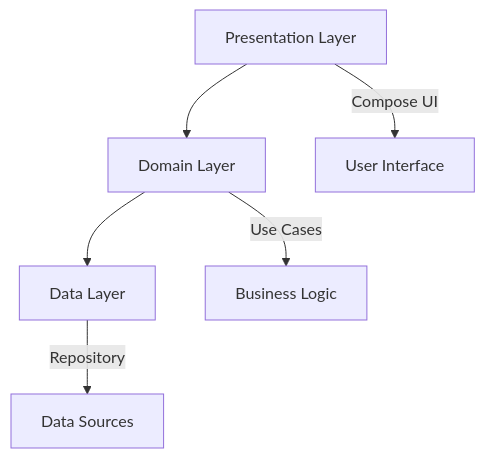
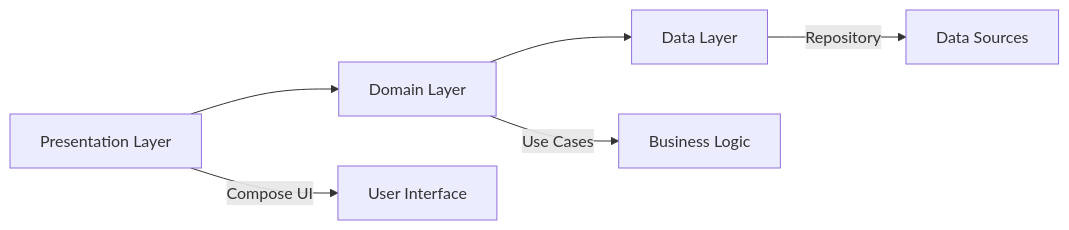
Before and after one commit to A-fauzi/Ject-Print: the diagram in README.md, drawn with Mermaid. The commit also changed other lines of this file, not shown here.

Commit message:
update readme file

````diff
--- a/README.md
+++ b/README.md
@@ -87,8 +85,9 @@
-<div class="mermaid">
-graph TD
-    A[Presentation Layer] --> B[Domain Layer]
-    B --> C[Data Layer]
-    A -->|Compose UI| D[User Interface]
-    B -->|Use Cases| E[Business Logic]
-    C -->|Repository| F[Data Sources]
-</div>
+```mermaid
+flowchart LR
+
+A[Presentation Layer] --> B[Domain Layer]
+B --> C[Data Layer]
+A -->|Compose UI| D[User Interface]
+B -->|Use Cases| E[Business Logic]
+C -->|Repository| F[Data Sources]
+```
````
